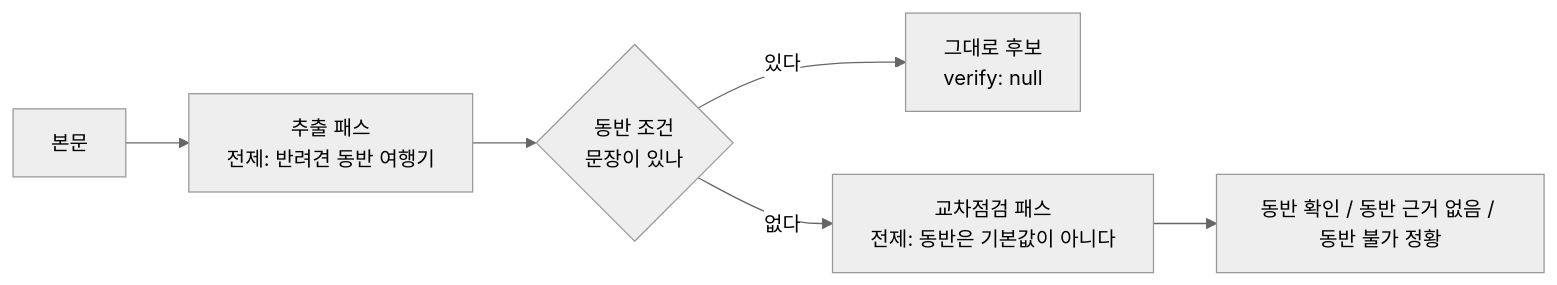
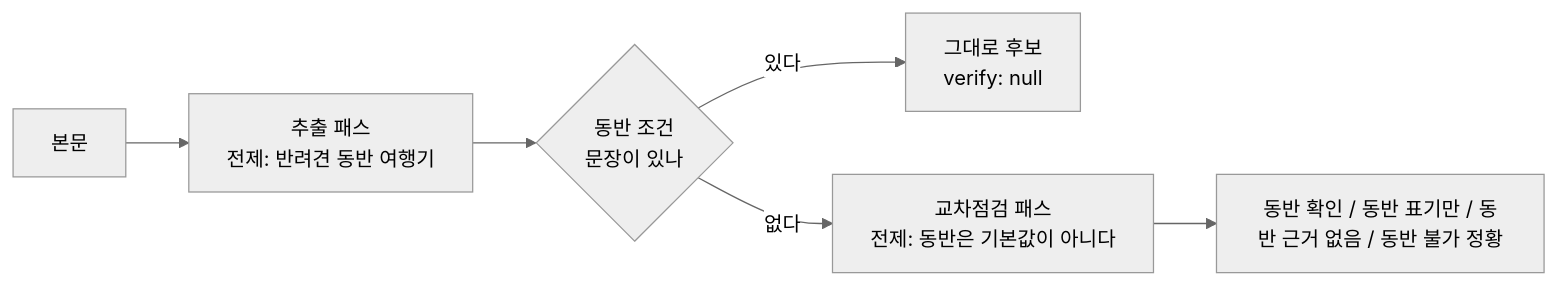
Before and after one commit to hoiya-woohyun/zgnn: the first of 2 diagrams in docs/decisions/ADR-019-ai-cross-check-and-address-rules.md, drawn with Mermaid (neutral theme). The commit also changed other lines of this file and 46 other files, not shown here.

````diff
--- a/docs/decisions/ADR-019-ai-cross-check-and-address-rules.md
+++ b/docs/decisions/ADR-019-ai-cross-check-and-address-rules.md
@@ -61,8 +66,8 @@
 ```mermaid
 flowchart LR
   B[본문] --> E[추출 패스<br/>전제: 반려견 동반 여행기]
   E --> C{동반 조건<br/>문장이 있나}
   C -->|있다| K[그대로 후보<br/>verify: null]
   C -->|없다| V[교차점검 패스<br/>전제: 동반은 기본값이 아니다]
-  V --> L[동반 확인 / 동반 근거 없음 / 동반 불가 정황]
+  V --> L[동반 확인 / 동반 표기만 / 동반 근거 없음 / 동반 불가 정황]
 ```
````
